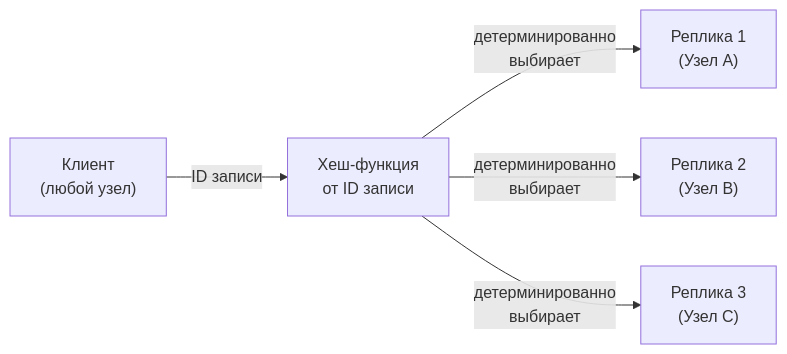
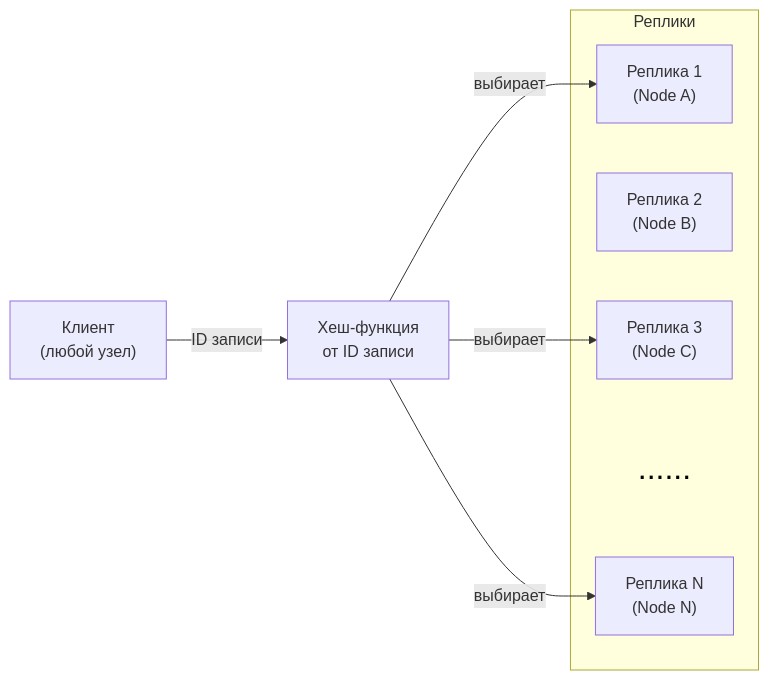
The first of 3 diagrams in ydb/docs/ru/core/concepts/metadata-distribution.md (ydb-platform/ydb), drawn with Mermaid before and after one commit. The commit also changed other lines of this file, not shown here.

Commit message:
fix diagrams

````diff
--- a/ydb/docs/ru/core/concepts/metadata-distribution.md
+++ b/ydb/docs/ru/core/concepts/metadata-distribution.md
@@ -27,13 +27,19 @@
 ```mermaid
+
 graph LR
     Client["Клиент\n(любой узел)"]
     Hash["Хеш-функция\nот ID записи"]
-    R1["Реплика 1\n(Узел A)"]
-    R2["Реплика 2\n(Узел B)"]
-    R3["Реплика 3\n(Узел C)"]
-
+    subgraph Реплики
+    R1["Реплика 1\n(Node A)"]
+    R2["Реплика 2\n(Node B)"]
+    R3["Реплика 3\n(Node C)"]
+    RX["......"]
+    classDef transp fill:#FFFFFF00,stroke:#FFFFFF00,color:#000,font-size:32px
+    class RX transp
+    RN["Реплика N\n(Node N)"]
+    end
     Client -->|"ID записи"| Hash
-    Hash -->|"детерминированно\nвыбирает"| R1
-    Hash -->|"детерминированно\nвыбирает"| R2
-    Hash -->|"детерминированно\nвыбирает"| R3
+    Hash -->|"выбирает"| R1
+    Hash -->|"выбирает"| R3
+    Hash -->|"выбирает"| RN
 ```
````
